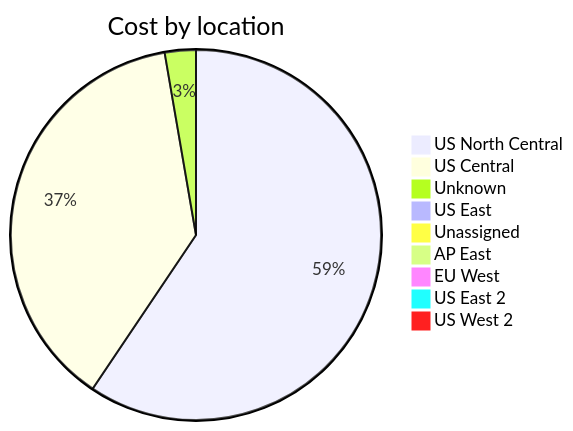
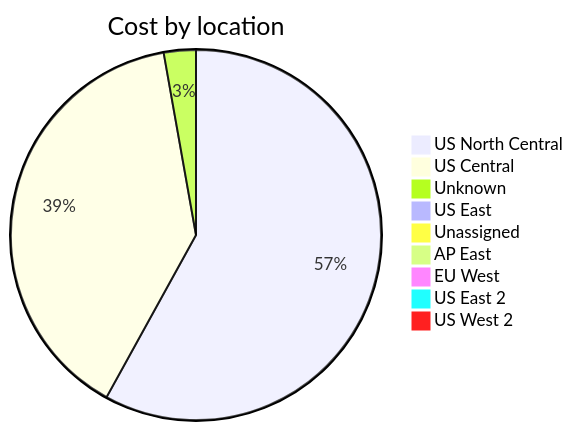
Before and after one commit to jpfulton/azure-personal-reports: the third of 4 diagrams in cost-reports/accumulated-cost.md, drawn with Mermaid. The commit also changed other lines of this file and 4 other files, not shown here.

````diff
--- a/cost-reports/accumulated-cost.md
+++ b/cost-reports/accumulated-cost.md
@@ -131,13 +131,13 @@
 ```mermaid
 pie
    title Cost by location
    "US North Central" : 15.77
-   "US Central" : 10.05
-   "Unknown" : 0.72
+   "US Central" : 10.65
+   "Unknown" : 0.76
    "US East" : 0.17
    "Unassigned" : 0.10
    "AP East" : 0.00
    "EU West" : 0.00
    "US East 2" : 0.00
    "US West 2" : 0.00
 ```
````
